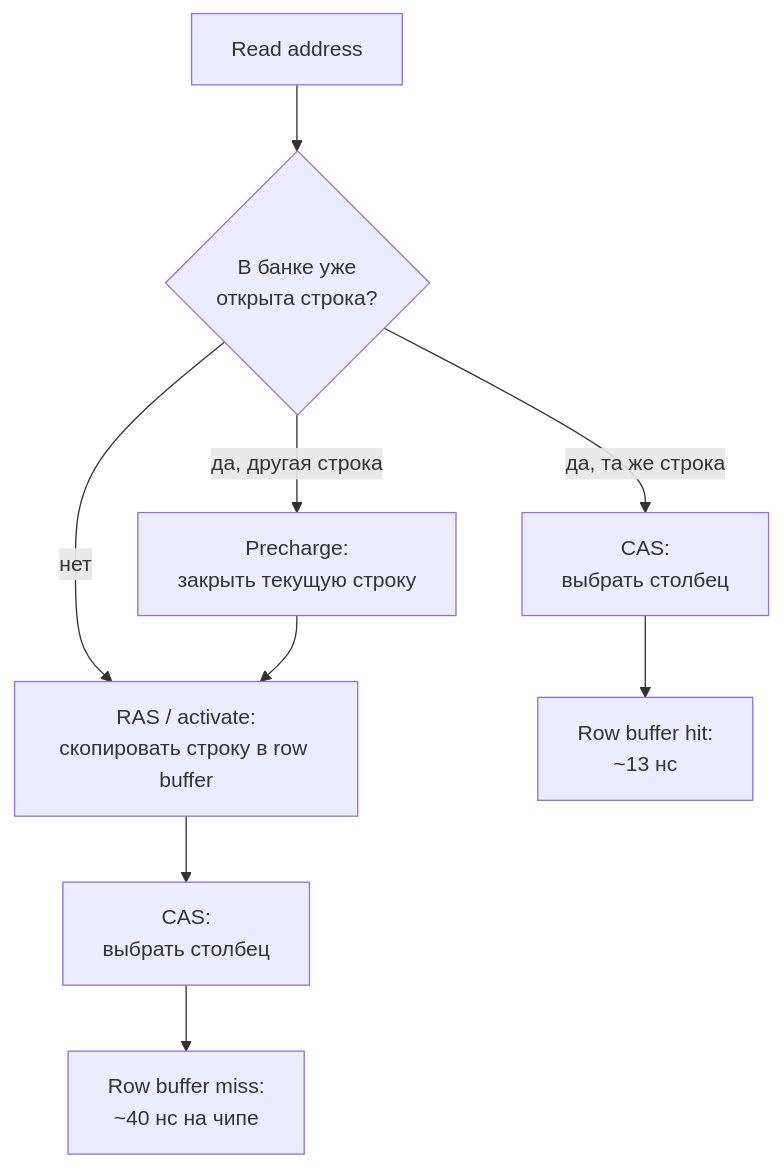
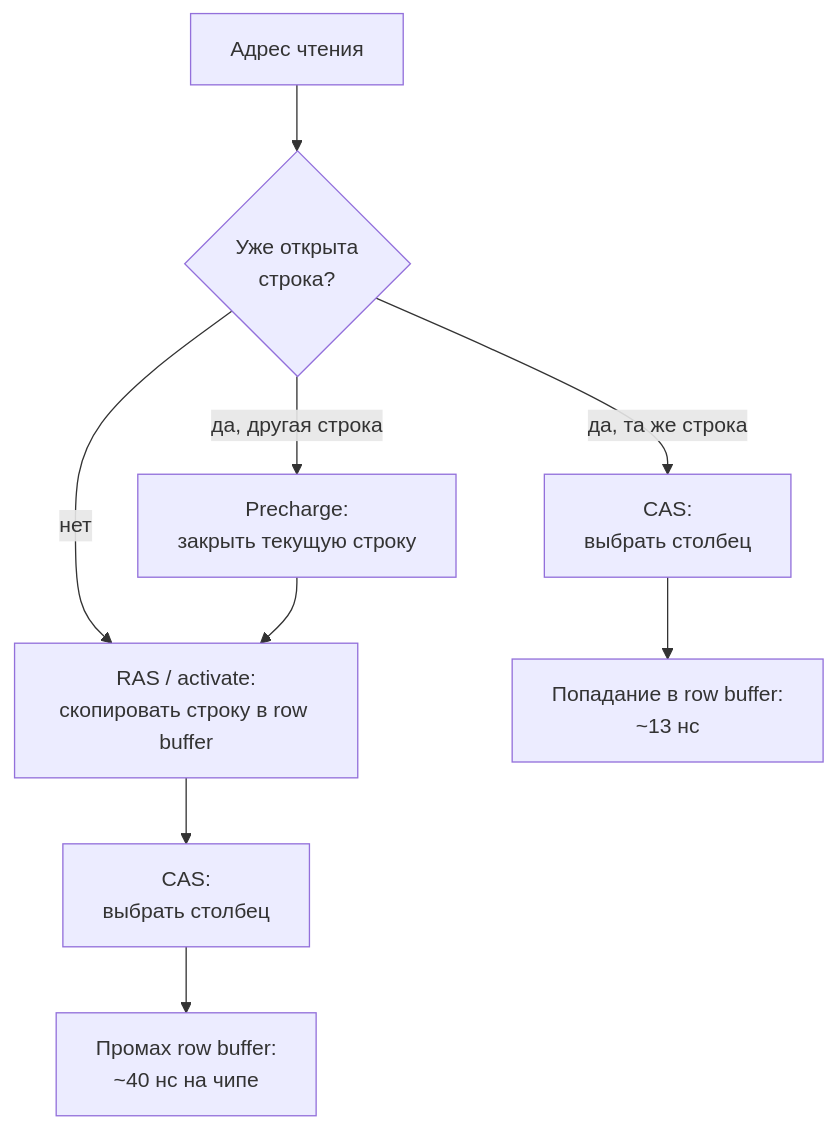
Before and after one commit to AlexeyMatskevich/cs-notes: the first of 3 diagrams in computer/data-path/02-ram.md, drawn with Mermaid. The commit also changed other lines of this file, not shown here.

````diff
--- a/computer/data-path/02-ram.md
+++ b/computer/data-path/02-ram.md
@@ -76,11 +78,11 @@
 ```mermaid
 flowchart TB
-    REQ["Read address"] --> OPEN{"В банке уже<br/>открыта строка?"}
+    REQ["Адрес чтения"] --> OPEN{"Уже открыта<br/>строка?"}
     OPEN -->|нет| ACT["RAS / activate:<br/>скопировать строку в row buffer"]
     OPEN -->|да, та же строка| CAS_H["CAS:<br/>выбрать столбец"]
     OPEN -->|да, другая строка| PRE["Precharge:<br/>закрыть текущую строку"]
     PRE --> ACT
     ACT --> CAS_M["CAS:<br/>выбрать столбец"]
-    CAS_H --> HIT["Row buffer hit:<br/>~13 нс"]
-    CAS_M --> MISS["Row buffer miss:<br/>~40 нс на чипе"]
+    CAS_H --> HIT["Попадание в row buffer:<br/>~13 нс"]
+    CAS_M --> MISS["Промах row buffer:<br/>~40 нс на чипе"]
 ```
````
